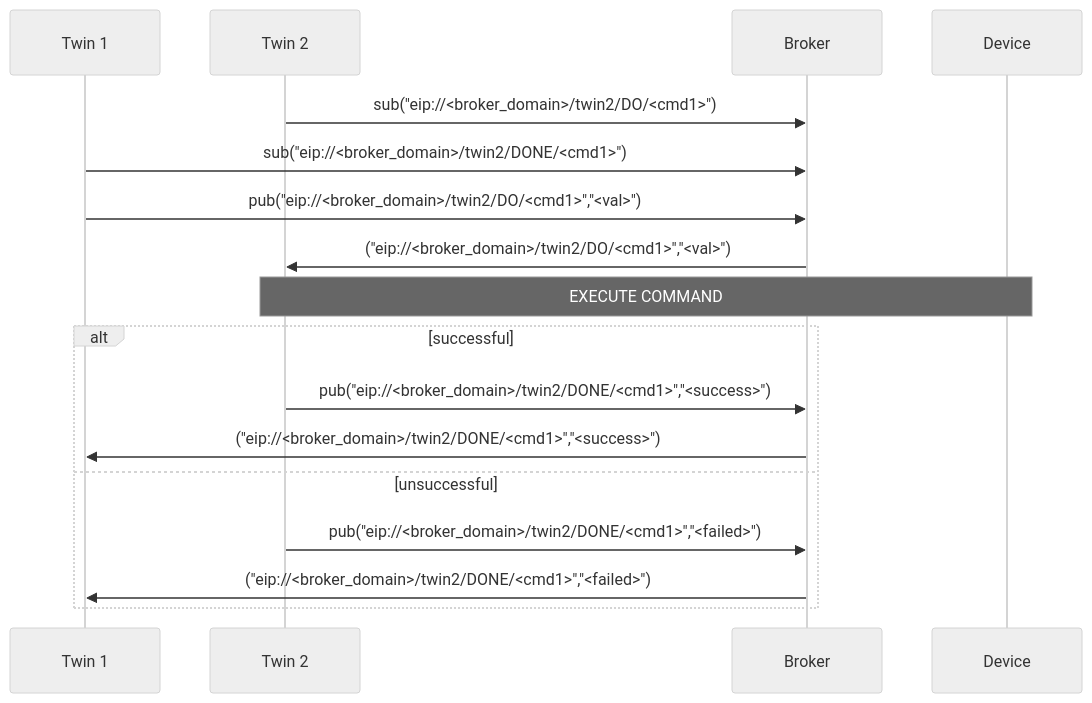
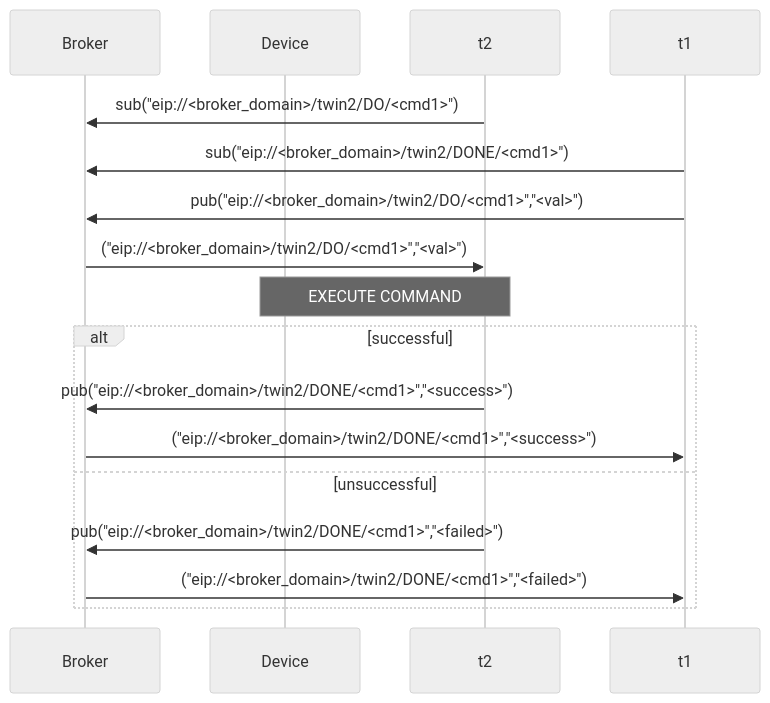
Before and after one commit to es-ude/elastic-ai.runtime.cloud: the fifth of 5 diagrams in documentation/EIP_PROTOCOL.md, drawn with Mermaid (neutral theme). The commit also changed other lines of this file and 57 other files, not shown here.

````diff
--- a/documentation/EIP_PROTOCOL.md
+++ b/documentation/EIP_PROTOCOL.md
@@ -193,20 +186,18 @@
 ```mermaid
 sequenceDiagram
-  participant t1 as Twin 1
-  participant t2 as Twin 2
   participant b as Broker
   participant d as Device
 
   t2 ->> b: sub("eip://<broker_domain>/twin2/DO/<cmd1>")
   t1 ->> b: sub("eip://<broker_domain>/twin2/DONE/<cmd1>")
   t1 ->> b: pub("eip://<broker_domain>/twin2/DO/<cmd1>","<val>")
   b ->> t2: ("eip://<broker_domain>/twin2/DO/<cmd1>","<val>")
   Note over t2,d: EXECUTE COMMAND
   alt successful
     t2 ->> b: pub("eip://<broker_domain>/twin2/DONE/<cmd1>","<success>")
     b ->> t1: ("eip://<broker_domain>/twin2/DONE/<cmd1>","<success>")
   else unsuccessful
     t2 ->> b: pub("eip://<broker_domain>/twin2/DONE/<cmd1>","<failed>")
     b ->> t1: ("eip://<broker_domain>/twin2/DONE/<cmd1>","<failed>")
   end
 ```
````
